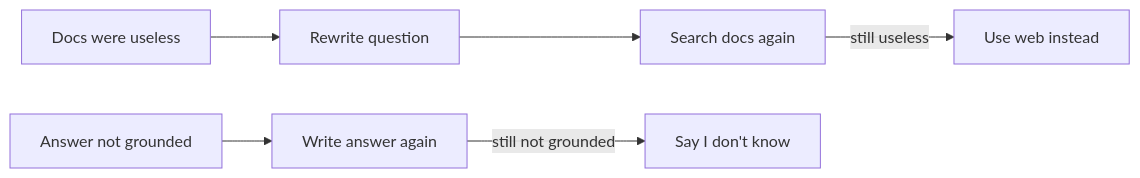
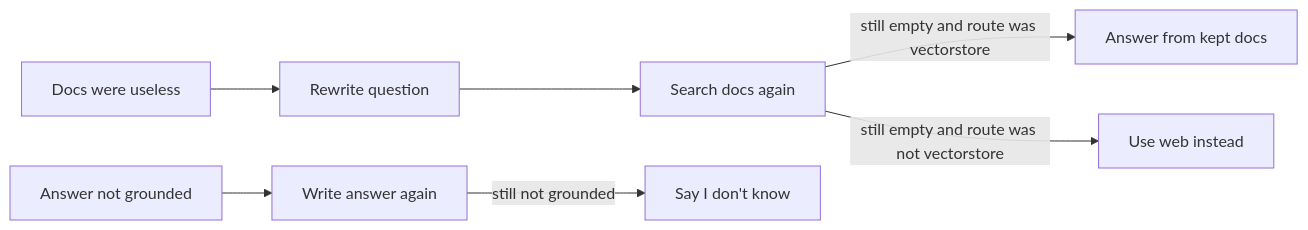
The second of 2 diagrams in docs/HOW_IT_WORKS.md (mowas455/adaptive-rag-supportiq), drawn with Mermaid before and after one commit. The commit also changed other lines of this file and 70 other files, not shown here.

First line of the commit message:
Split the app into ai, backend, and frontend so the RAG graph, API, and React console are versioned together.

````diff
--- a/docs/HOW_IT_WORKS.md
+++ b/docs/HOW_IT_WORKS.md
@@ -112,7 +115,8 @@
 ```mermaid
 flowchart LR
   Dbad[Docs were useless] --> RW[Rewrite question] --> D2[Search docs again]
-  D2 -->|still useless| W2[Use web instead]
+  D2 -->|still empty and route was vectorstore| A[Answer from kept docs]
+  D2 -->|still empty and route was not vectorstore| W2[Use web instead]
   Abad[Answer not grounded] --> A2[Write answer again]
   A2 -->|still not grounded| Stop[Say I don't know]
 ```
````
